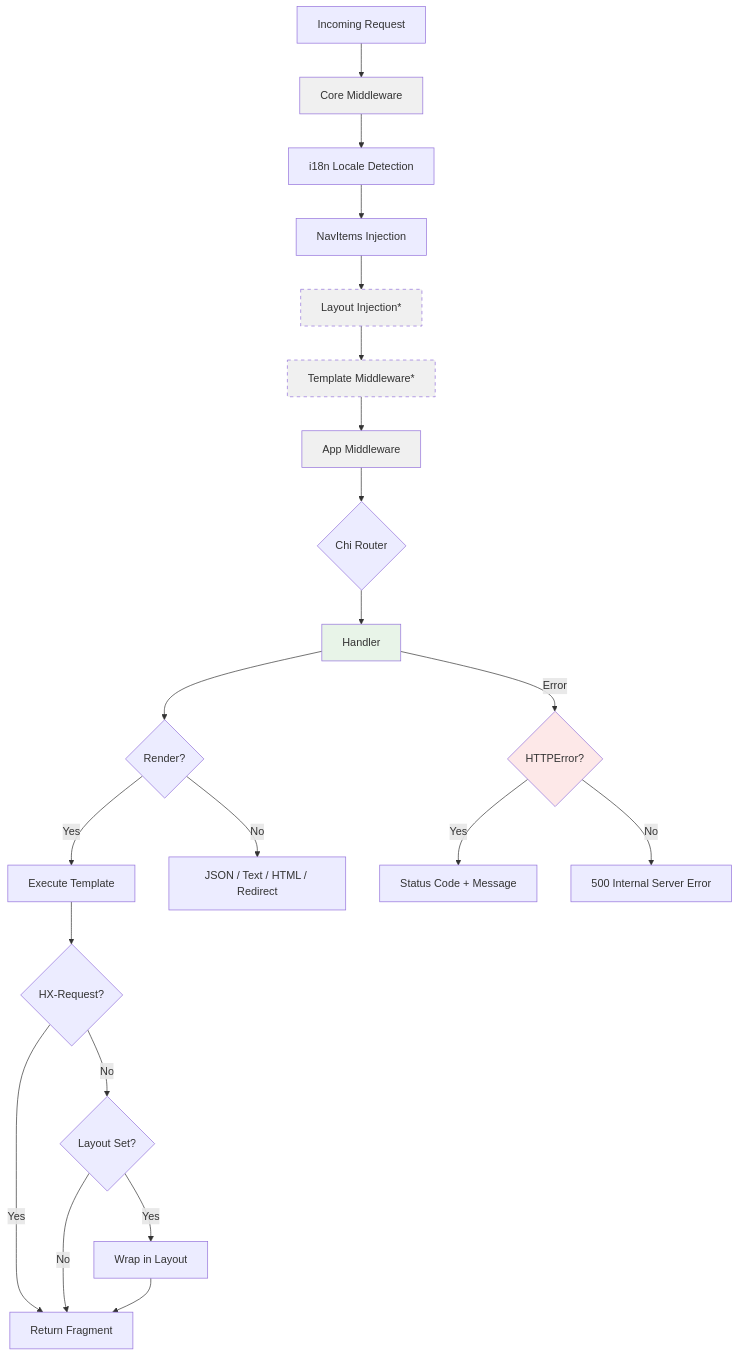
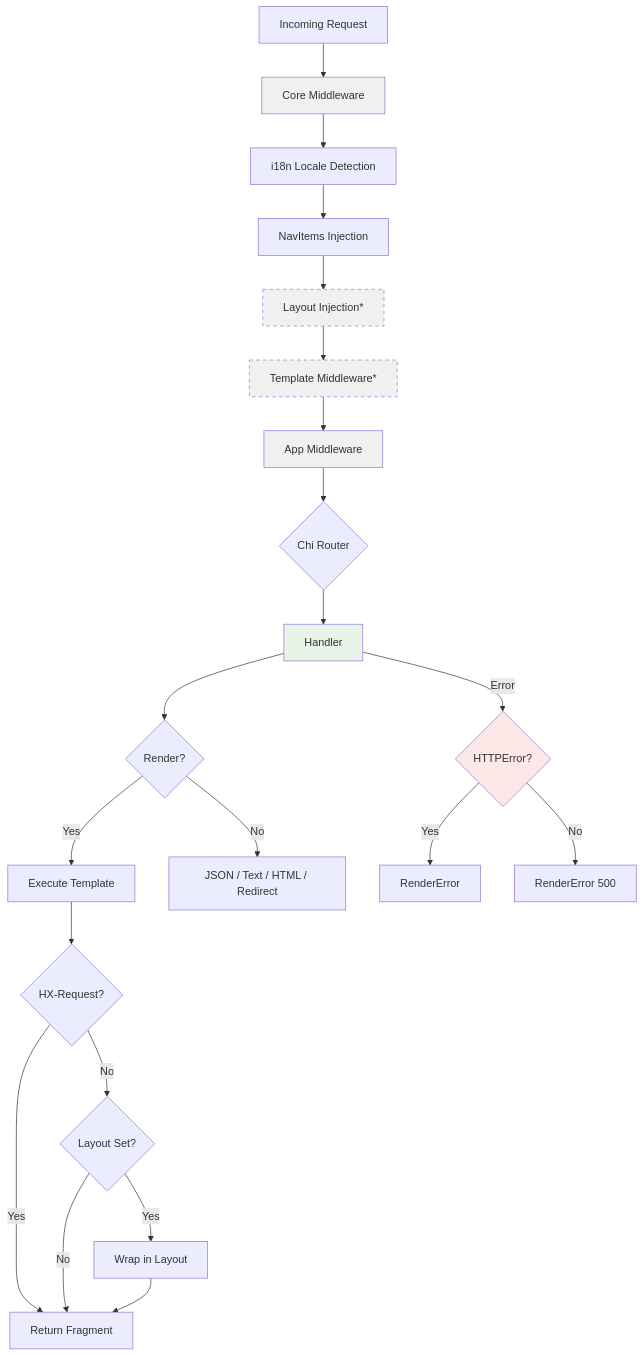
One commit to oliverandrich/burrow changed the diagram in docs/guide/routing.md. Above: the diagram before and after it, drawn with Mermaid. The commit also changed 2 other files, not shown here.

Commit message:
docs: add error handling guide
Explain error flow, RenderError, custom error pages, design system
integration, i18n, and chi NotFound/MethodNotAllowed. Update routing
diagram to reference RenderError.

````diff
--- a/docs/guide/routing.md
+++ b/docs/guide/routing.md
@@ -9,30 +9,30 @@
 ```mermaid
 flowchart TD
     A[Incoming Request] --> B[Core Middleware]
     B --> C[i18n Locale Detection]
     C --> D[NavItems Injection]
     D --> E[Layout Injection*]
     E --> F[Template Middleware*]
     F --> G[App Middleware]
     G --> H{Chi Router}
     H --> I[Handler]
     I --> J{Render?}
     J -- Yes --> K[Execute Template]
     K --> L{HX-Request?}
     L -- Yes --> M[Return Fragment]
     L -- No --> N{Layout Set?}
     N -- Yes --> O[Wrap in Layout]
     N -- No --> M
     O --> M
     J -- No --> P[JSON / Text / HTML / Redirect]
     I -- Error --> Q{HTTPError?}
-    Q -- Yes --> R[Status Code + Message]
-    Q -- No --> S[500 Internal Server Error]
+    Q -- Yes --> R[RenderError]
+    Q -- No --> S[RenderError 500]
 
     style B fill:#f0f0f0,color:#333
     style E fill:#f0f0f0,color:#333,stroke-dasharray: 5 5
     style F fill:#f0f0f0,color:#333,stroke-dasharray: 5 5
     style G fill:#f0f0f0,color:#333
     style I fill:#e8f4e8,color:#333
     style Q fill:#fde8e8,color:#333
 ```
````
